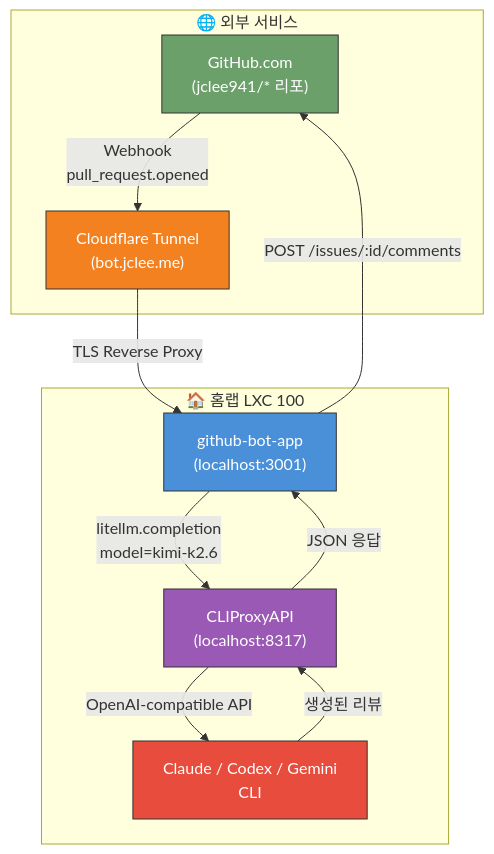
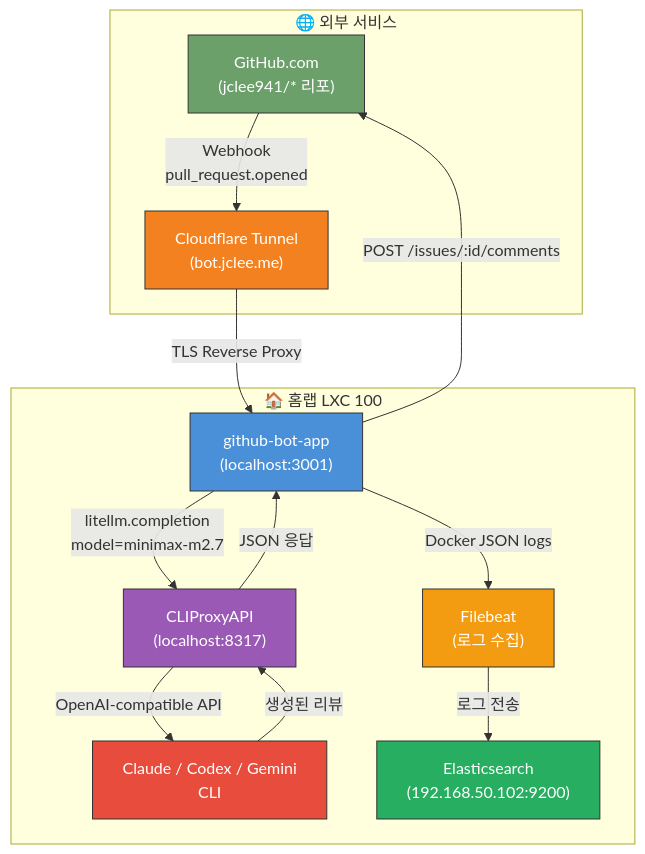
The first of 10 diagrams in docs/architecture.md (jclee941/.github), drawn with Mermaid before and after one commit. The commit also changed other lines of this file and 40 other files, not shown here.

First line of the commit message:
feat(ci): add failure notifications to all workflows and update architecture diagram

````diff
--- a/docs/architecture.md
+++ b/docs/architecture.md
@@ -10,27 +10,33 @@
 ```mermaid
 flowchart TB
     subgraph 외부_서비스["🌐 외부 서비스"]
         GH["GitHub.com<br/>(jclee941/* 리포)"]
         CF["Cloudflare Tunnel<br/>(bot.jclee.me)"]
     end
 
     subgraph 홈랩_LXC100["🏠 홈랩 LXC 100"]
         WEB["github-bot-app<br/>(localhost:3001)"]
         PROXY["CLIProxyAPI<br/>(localhost:8317)"]
         LLM["Claude / Codex / Gemini<br/>CLI"]
+        FB["Filebeat<br/>(로그 수집)"]
+        ES["Elasticsearch<br/>(192.168.50.102:9200)"]
     end
 
     GH -->|"Webhook<br/>pull_request.opened"| CF
     CF -->|"TLS Reverse Proxy"| WEB
-    WEB -->|"litellm.completion<br/>model=kimi-k2.6"| PROXY
+    WEB -->|"litellm.completion<br/>model=minimax-m2.7"| PROXY
+    WEB -->|"Docker JSON logs"| FB
+    FB -->|"로그 전송"| ES
     PROXY -->|"OpenAI-compatible API"| LLM
     LLM -->|"생성된 리뷰"| PROXY
     PROXY -->|"JSON 응답"| WEB
     WEB -->|"POST /issues/:id/comments"| GH
 
     style GH fill:#6ba06a,stroke:#333,color:#fff
     style CF fill:#f48120,stroke:#333,color:#fff
-    style WEB fill:#4a90d9,stroke:#333,color:#fff
-    style PROXY fill:#9b59b6,stroke:#333,color:#fff
-    style LLM fill:#e74c3c,stroke:#333,color:#fff
+        style WEB fill:#4a90d9,stroke:#333,color:#fff
+        style PROXY fill:#9b59b6,stroke:#333,color:#fff
+        style LLM fill:#e74c3c,stroke:#333,color:#fff
+        style FB fill:#f39c12,stroke:#333,color:#fff
+        style ES fill:#27ae60,stroke:#333,color:#fff
 ```
````
